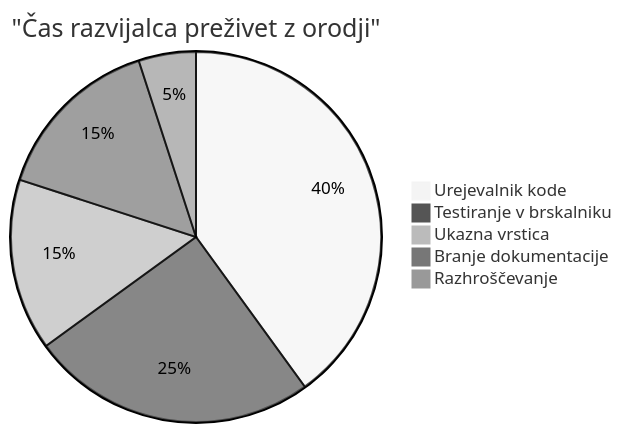
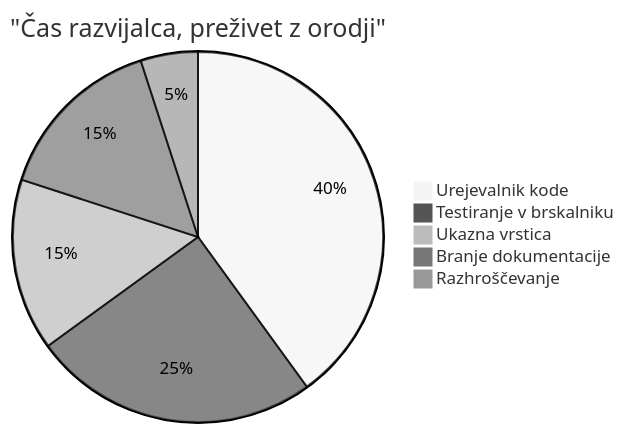
One commit to microsoft/Web-Dev-For-Beginners changed the sixth of 7 diagrams in translations/sl/1-getting-started-lessons/1-intro-to-programming-languages/README.md. Above: the diagram before and after it, drawn with Mermaid (neutral theme). The commit also changed other lines of this file and 8 other files, not shown here.

````diff
--- a/translations/sl/1-getting-started-lessons/1-intro-to-programming-languages/README.md
+++ b/translations/sl/1-getting-started-lessons/1-intro-to-programming-languages/README.md
@@ -713,8 +711,8 @@
 ```mermaid
-pie title "Čas razvijalca preživet z orodji"
+pie title "Čas razvijalca, preživet z orodji"
     "Urejevalnik kode" : 40
     "Testiranje v brskalniku" : 25
     "Ukazna vrstica" : 15
     "Branje dokumentacije" : 15
     "Razhroščevanje" : 5
 ```
````
